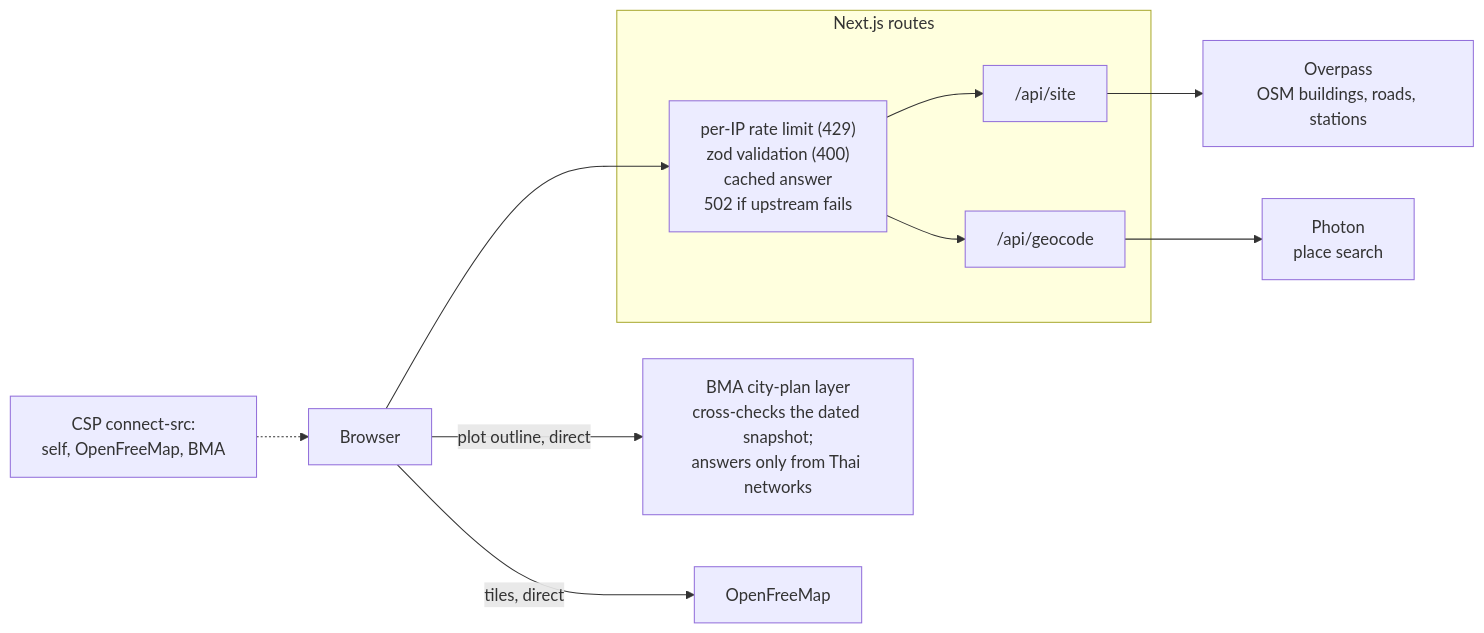
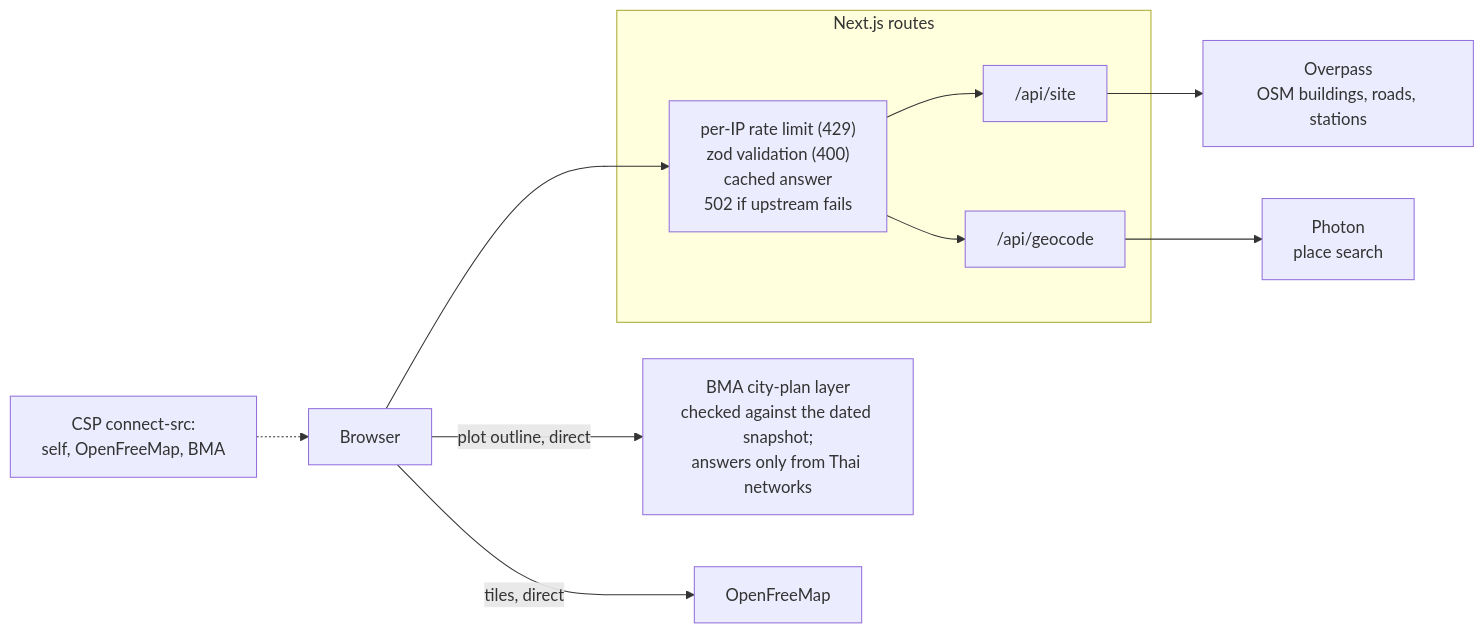
Before and after one commit to kunalgoesbyken/plotwise: the sixth of 6 diagrams in README.md, drawn with Mermaid. The commit also changed other lines of this file and 5 other files, not shown here.

First line of the commit message:
fix(zone): the dated snapshot decides and the live BMA layer only cross-checks it

````diff
--- a/README.md
+++ b/README.md
@@ -132,15 +132,15 @@
 ```mermaid
 flowchart LR
   browser["Browser"]
   subgraph server["Next.js routes"]
     guard["per-IP rate limit (429)<br/>zod validation (400)<br/>cached answer<br/>502 if upstream fails"]
     site["/api/site"]
     geocode["/api/geocode"]
   end
   browser --> guard
   guard --> site --> overpass["Overpass<br/>OSM buildings, roads, stations"]
   guard --> geocode --> photon["Photon<br/>place search"]
-  browser -->|"plot outline, direct"| bma["BMA city-plan layer<br/>cross-checks the dated snapshot;<br/>answers only from Thai networks"]
+  browser -->|"plot outline, direct"| bma["BMA city-plan layer<br/>checked against the dated snapshot;<br/>answers only from Thai networks"]
   browser -->|"tiles, direct"| tiles["OpenFreeMap"]
   csp["CSP connect-src:<br/>self, OpenFreeMap, BMA"] -.-> browser
 ```
````
